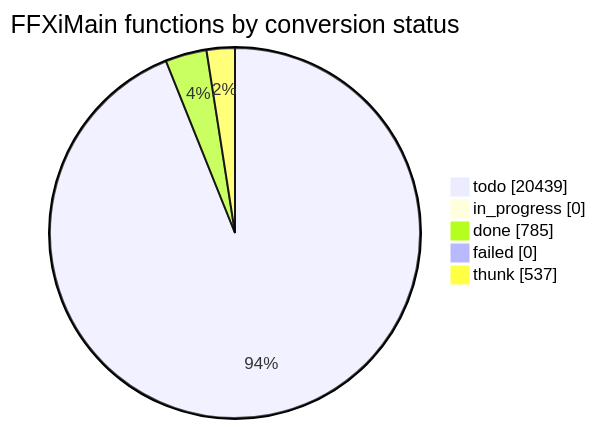
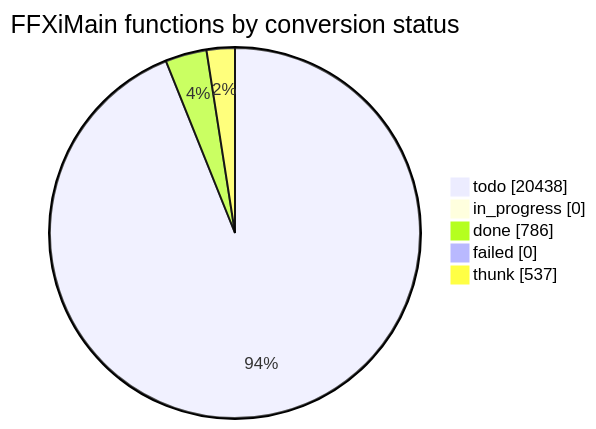
Before and after one commit to cowrevenge/cow_kuluu_xi_anything: the diagram in docs/cow/STATUS.md, drawn with Mermaid. The commit also changed other lines of this file and 9 other files, not shown here.

````diff
--- a/docs/cow/STATUS.md
+++ b/docs/cow/STATUS.md
@@ -18,9 +18,9 @@
 ```mermaid
 pie showData
     title FFXiMain functions by conversion status
-    "todo" : 20439
+    "todo" : 20438
     "in_progress" : 0
-    "done" : 785
+    "done" : 786
     "failed" : 0
     "thunk" : 537
 ```
````
